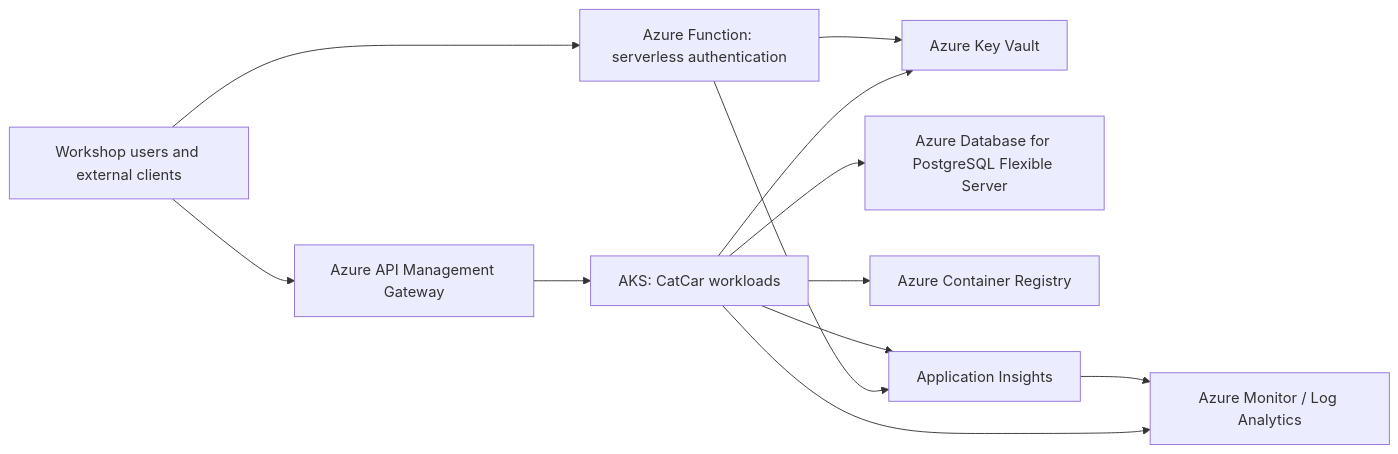
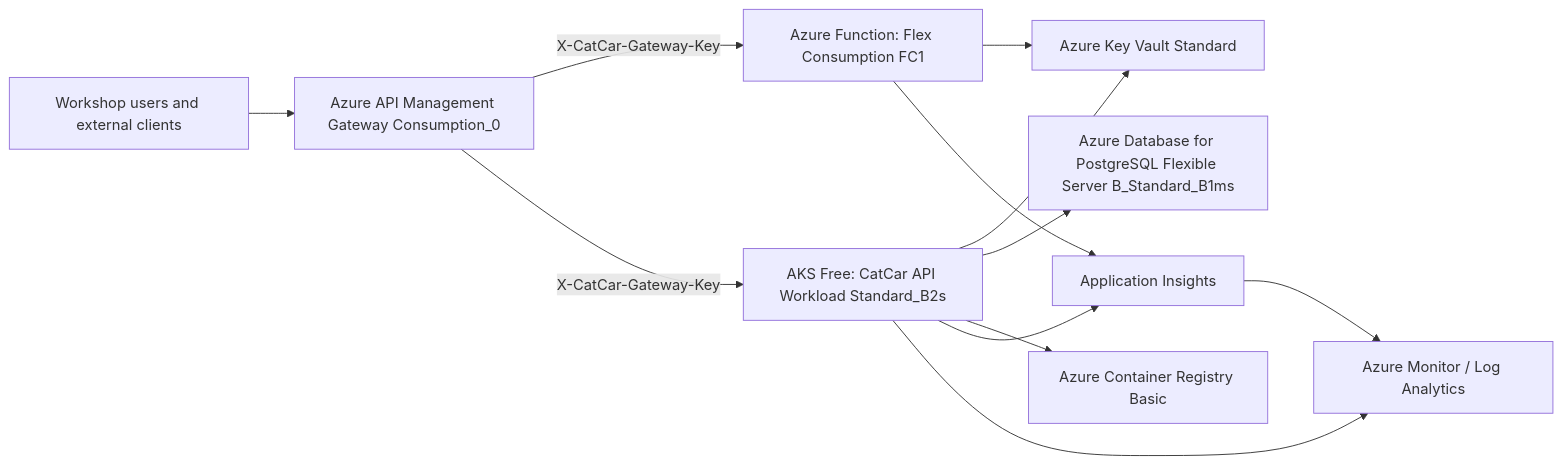
Before and after one commit to RiseOn-CatCar/catcar-platform: the diagram in docs/architecture/cloud-components.md, drawn with Mermaid. The commit also changed other lines of this file and 5 other files, not shown here.

````diff
--- a/docs/architecture/cloud-components.md
+++ b/docs/architecture/cloud-components.md
@@ -5,14 +5,14 @@
 ```mermaid
 flowchart LR
-    Client[Workshop users and external clients] --> APIM[Azure API Management Gateway]
-    Client --> Auth[Azure Function: serverless authentication]
-    APIM --> AKS[AKS: CatCar workloads]
-    Auth --> KV[Azure Key Vault]
+    Client[Workshop users and external clients] --> APIM[Azure API Management Gateway Consumption_0]
+    APIM -->|X-CatCar-Gateway-Key| Auth[Azure Function: Flex Consumption FC1]
+    APIM -->|X-CatCar-Gateway-Key| AKS[AKS Free: CatCar API Workload Standard_B2s]
+    Auth --> KV[Azure Key Vault Standard]
     AKS --> KV
-    AKS --> PG[Azure Database for PostgreSQL Flexible Server]
-    AKS --> ACR[Azure Container Registry]
+    AKS --> PG[Azure Database for PostgreSQL Flexible Server B_Standard_B1ms]
+    AKS --> ACR[Azure Container Registry Basic]
     AKS --> AI[Application Insights]
     Auth --> AI
     AI --> LAW[Azure Monitor / Log Analytics]
     AKS --> LAW
 ```
````
